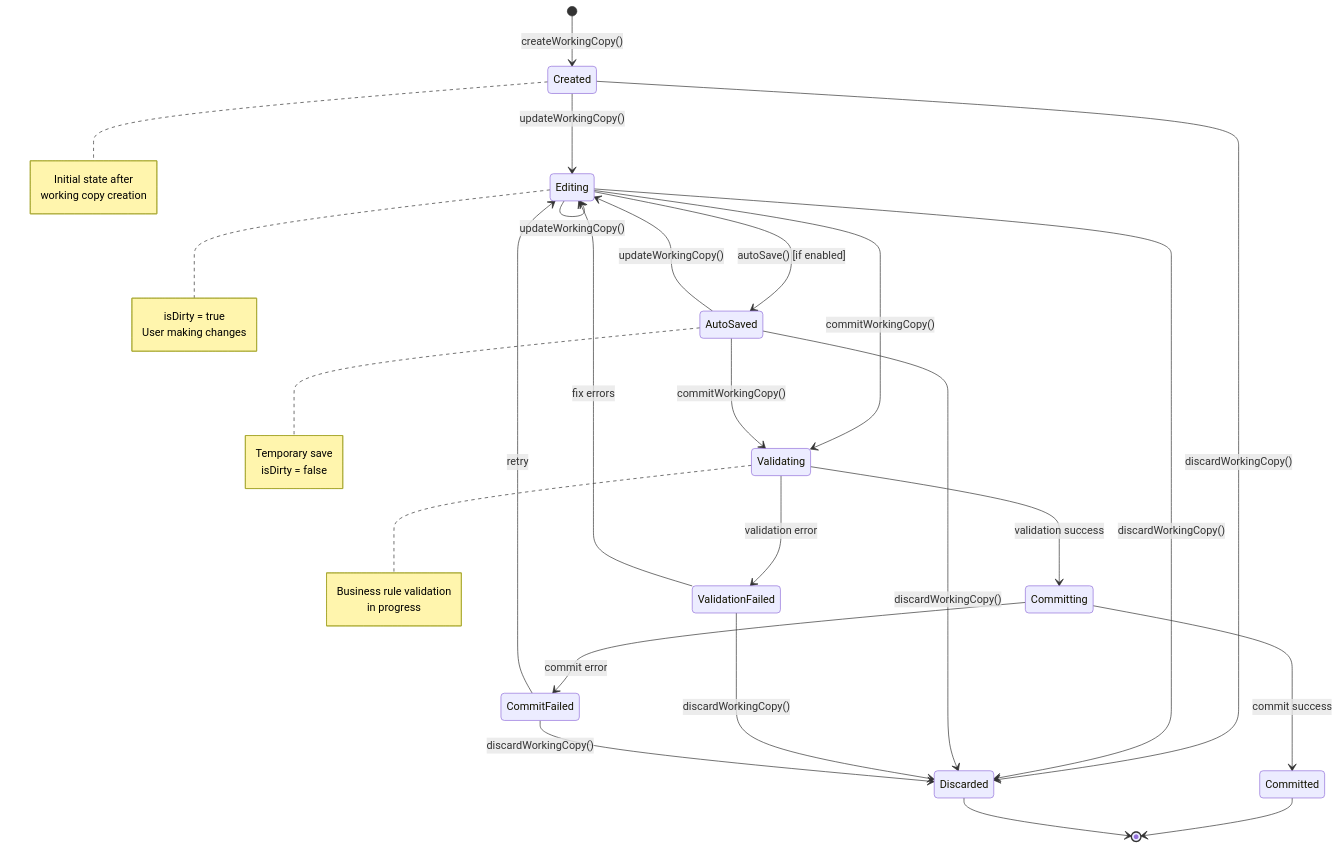
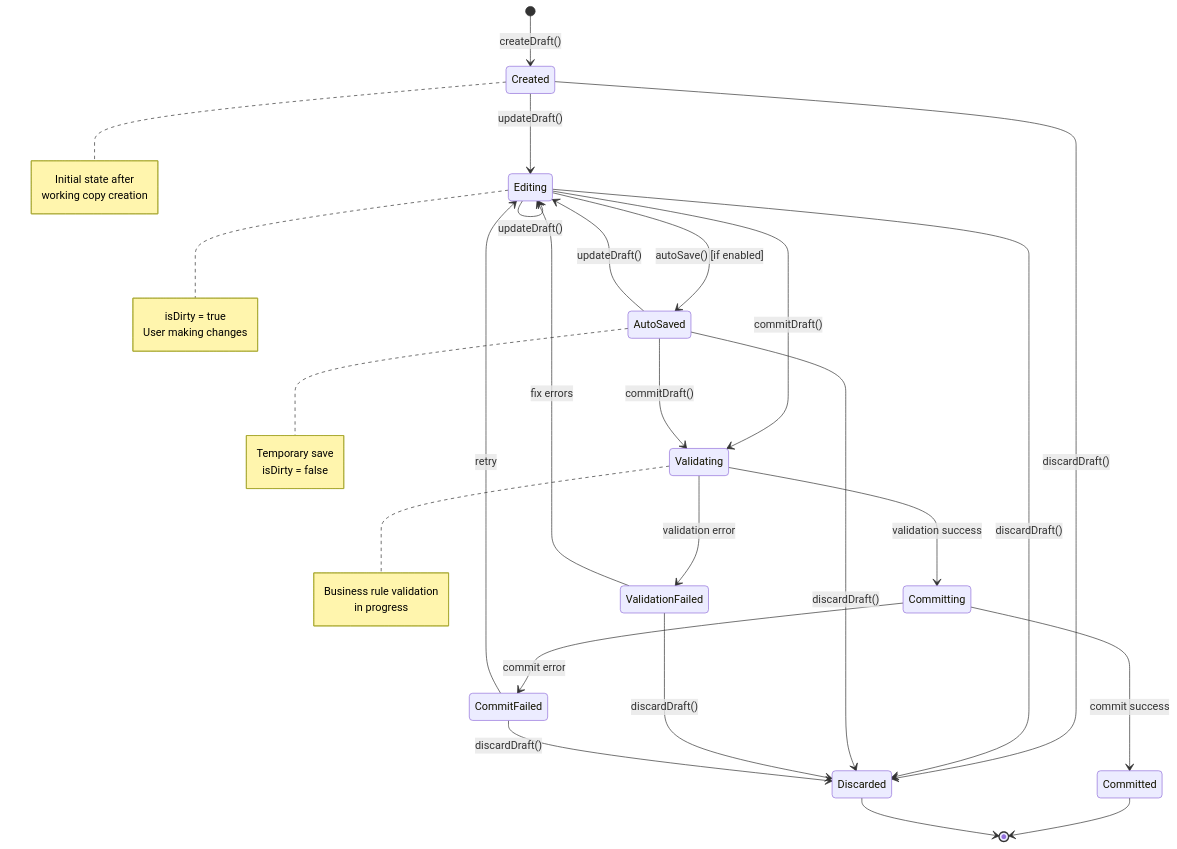
One commit to kubohiroya/hierarchidb changed the tenth of 18 diagrams in docs/deprecated/REPORT/technical-architecture-specification.md. Above: the diagram before and after it, drawn with Mermaid. The commit also changed other lines of this file and 796 other files, not shown here.

````diff
--- a/docs/deprecated/REPORT/technical-architecture-specification.md
+++ b/docs/deprecated/REPORT/technical-architecture-specification.md
@@ -528,51 +528,51 @@
 ```mermaid
 stateDiagram-v2
-    [*] --> Created : createWorkingCopy()
+    [*] --> Created : createDraft()
     
-    Created --> Editing : updateWorkingCopy()
-    Created --> Discarded : discardWorkingCopy()
+    Created --> Editing : updateDraft()
+    Created --> Discarded : discardDraft()
     
-    Editing --> Editing : updateWorkingCopy()
-    Editing --> Validating : commitWorkingCopy()
-    Editing --> Discarded : discardWorkingCopy()
+    Editing --> Editing : updateDraft()
+    Editing --> Validating : commitDraft()
+    Editing --> Discarded : discardDraft()
     Editing --> AutoSaved : autoSave() [if enabled]
     
-    AutoSaved --> Editing : updateWorkingCopy()
-    AutoSaved --> Validating : commitWorkingCopy()
-    AutoSaved --> Discarded : discardWorkingCopy()
+    AutoSaved --> Editing : updateDraft()
+    AutoSaved --> Validating : commitDraft()
+    AutoSaved --> Discarded : discardDraft()
     
     Validating --> ValidationFailed : validation error
     Validating --> Committing : validation success
     
     ValidationFailed --> Editing : fix errors
-    ValidationFailed --> Discarded : discardWorkingCopy()
+    ValidationFailed --> Discarded : discardDraft()
     
     Committing --> Committed : commit success
     Committing --> CommitFailed : commit error
     
     CommitFailed --> Editing : retry
-    CommitFailed --> Discarded : discardWorkingCopy()
+    CommitFailed --> Discarded : discardDraft()
     
     Committed --> [*]
     Discarded --> [*]
     
     note right of Created
         Initial state after
         working copy creation
     end note
     
     note right of Editing
         isDirty = true
         User making changes
     end note
     
     note right of AutoSaved
         Temporary save
         isDirty = false
     end note
     
     note right of Validating
         Business rule validation
         in progress
     end note
 ```
````
